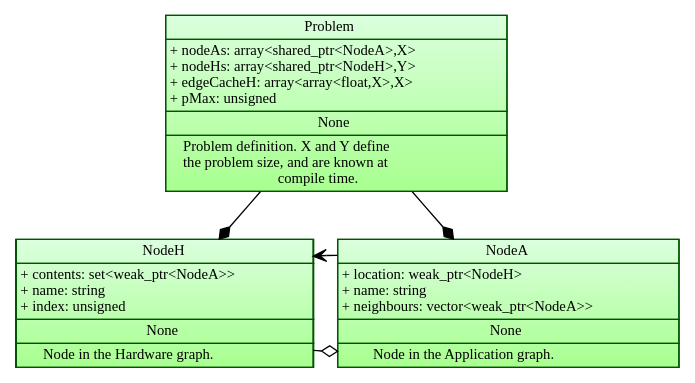
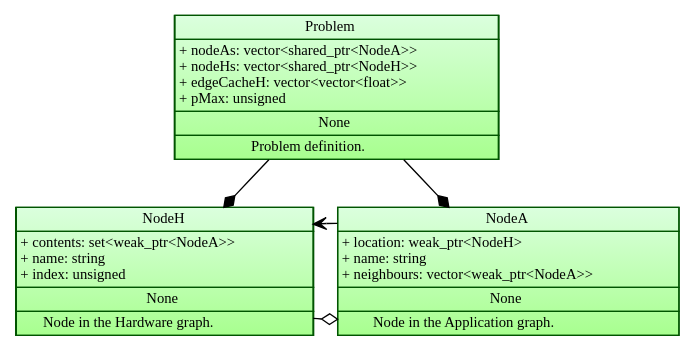
Before and after one commit to mvousden/psap: the diagram in doc/source/implementation.rst, drawn with Graphviz. The commit also changed other lines of this file, not shown here.

```diff
--- a/doc/source/implementation.rst
+++ b/doc/source/implementation.rst
@@ -250,18 +250,16 @@
    Problem[label=<<TABLE BORDER="0" CELLBORDER="1" CELLSPACING="0">
    <TR><TD>Problem</TD></TR>
    <TR><TD ALIGN="LEFT">
-   + nodeAs: array&lt;shared_ptr&lt;NodeA&gt;,X&gt;<BR ALIGN="LEFT"/>
-   + nodeHs: array&lt;shared_ptr&lt;NodeH&gt;,Y&gt;<BR ALIGN="LEFT"/>
-   + edgeCacheH: array&lt;array&lt;float,X&gt;,X&gt;<BR ALIGN="LEFT"/>
+   + nodeAs: vector&lt;shared_ptr&lt;NodeA&gt;&gt;<BR ALIGN="LEFT"/>
+   + nodeHs: vector&lt;shared_ptr&lt;NodeH&gt;&gt;<BR ALIGN="LEFT"/>
+   + edgeCacheH: vector&lt;vector&lt;float&gt;&gt;<BR ALIGN="LEFT"/>
    + pMax: unsigned<BR ALIGN="LEFT"/>
    </TD></TR>
    <TR><TD ALIGN="TEXT">
    None<BR ALIGN="TEXT"/>
    </TD></TR>
    <TR><TD ALIGN="TEXT">
-   Problem definition. X and Y define<BR ALIGN="TEXT"/>
-   the problem size, and are known at<BR ALIGN="TEXT"/>
-   compile time.<BR ALIGN="TEXT"/>
+   Problem definition.<BR ALIGN="TEXT"/>
    </TD></TR></TABLE>>];
 
    /* Relationships */
```
